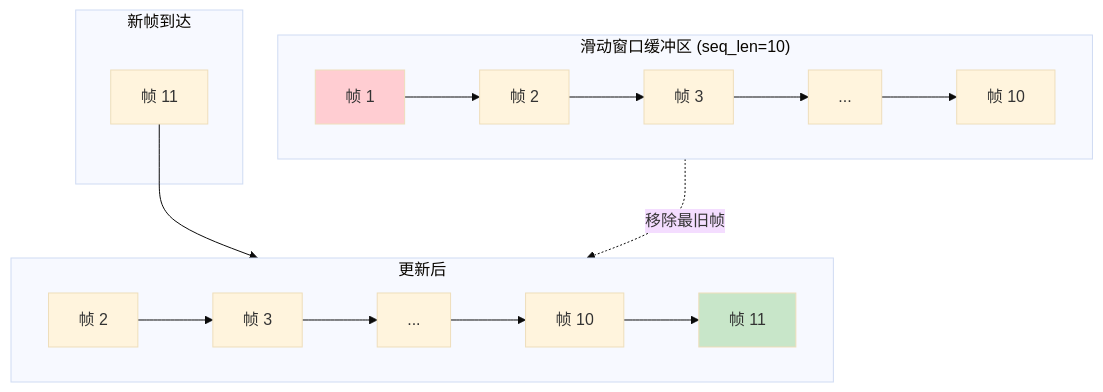
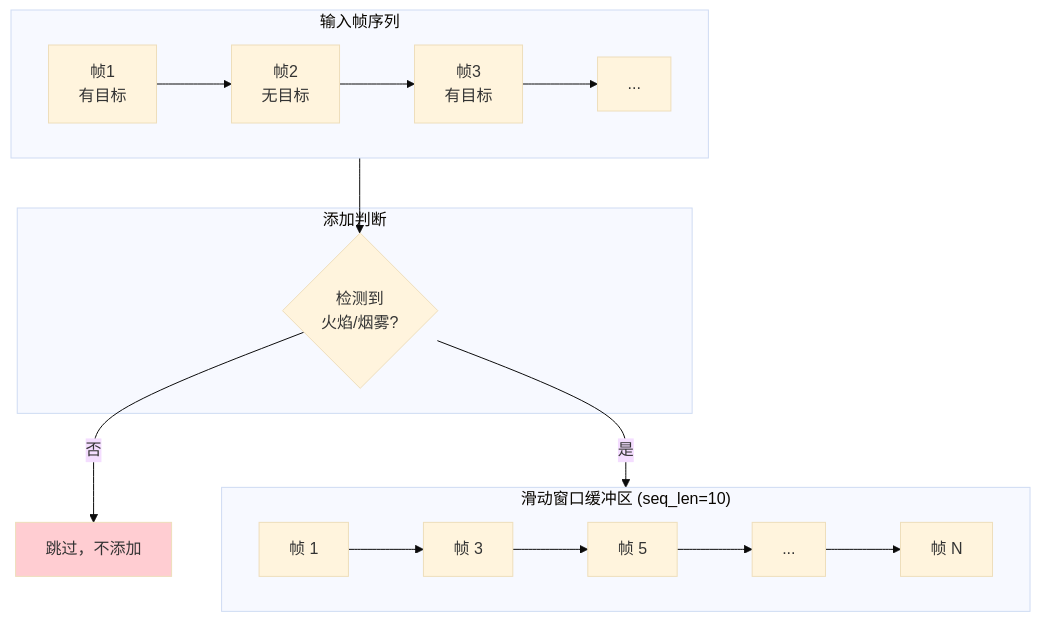
The sixth of 8 diagrams in docs/API_ARCHITECTURE.md (seagochen/family-tree-map), drawn with Mermaid (base theme) before and after one commit. The commit also changed other lines of this file and 6 other files, not shown here.

````diff
--- a/docs/API_ARCHITECTURE.md
+++ b/docs/API_ARCHITECTURE.md
@@ -294,22 +296,22 @@
 ```mermaid
 flowchart TB
+    subgraph Input["输入帧序列"]
+        direction LR
+        I1["帧1<br/>有目标"] --> I2["帧2<br/>无目标"] --> I3["帧3<br/>有目标"] --> I4["..."]
+    end
+
+    subgraph Decision["添加判断"]
+        Check{"检测到<br/>火焰/烟雾?"}
+    end
+
     subgraph Buffer["滑动窗口缓冲区 (seq_len=10)"]
         direction LR
-        F1["帧 1"] --> F2["帧 2"] --> F3["帧 3"] --> F4["..."] --> F10["帧 10"]
+        F1["帧 1"] --> F2["帧 3"] --> F3["帧 5"] --> F4["..."] --> F10["帧 N"]
     end
 
-    subgraph NewFrame["新帧到达"]
-        New["帧 11"]
-    end
+    I1 --> Check
+    Check -->|"是"| Buffer
+    Check -->|"否"| Skip["跳过，不添加"]
 
-    subgraph Updated["更新后"]
-        direction LR
-        F2_new["帧 2"] --> F3_new["帧 3"] --> F4_new["..."] --> F10_new["帧 10"] --> F11["帧 11"]
-    end
-
-    New --> Updated
-    Buffer -.->|"移除最旧帧"| Updated
-
-    style F1 fill:#ffcdd2
-    style F11 fill:#c8e6c9
+    style Skip fill:#ffcdd2
 ```
````
